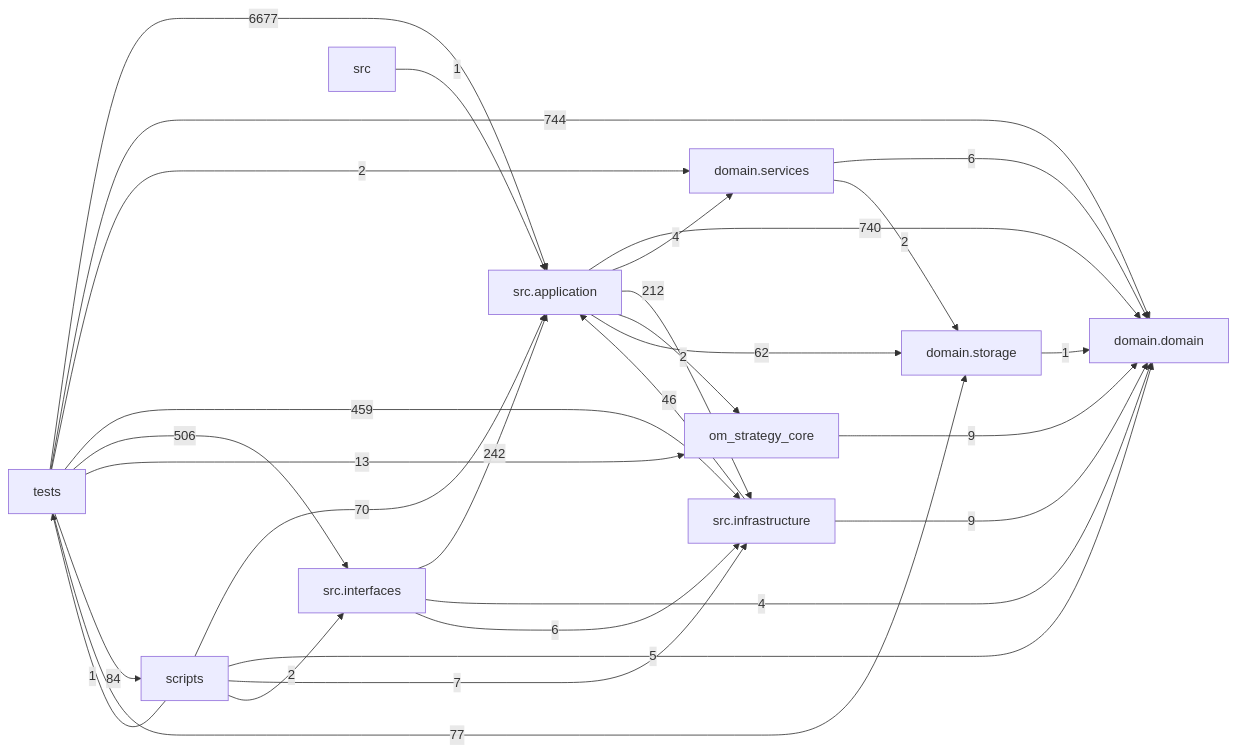
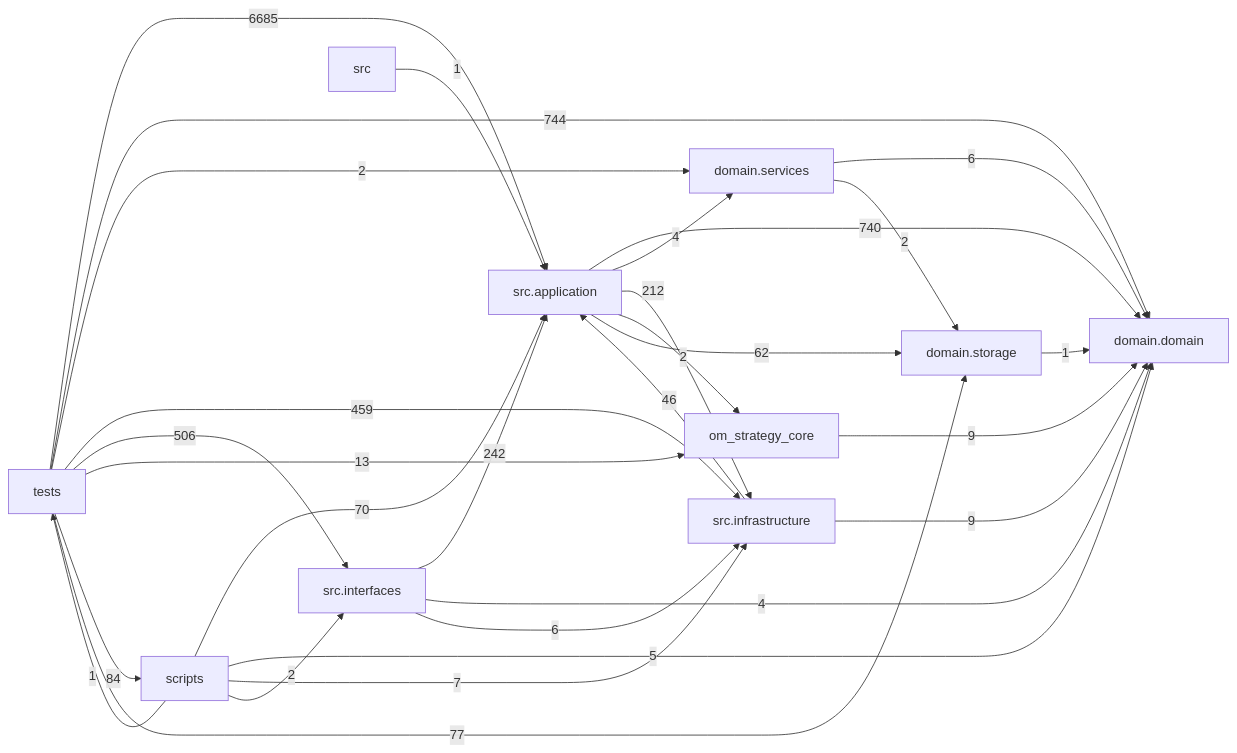
Before and after one commit to liuxie066/options-monitor: the diagram in docs/DEPENDENCY_GRAPH.md, drawn with Mermaid. The commit also changed other lines of this file and 7 other files, not shown here.

````diff
--- a/docs/DEPENDENCY_GRAPH.md
+++ b/docs/DEPENDENCY_GRAPH.md
@@ -24,39 +24,39 @@
 ```mermaid
 flowchart LR
   tests["tests"]
   scripts["scripts"]
   interfaces["src.interfaces"]
   application["src.application"]
   infrastructure["src.infrastructure"]
   domain_services["domain.services"]
   domain["domain.domain"]
   storage["domain.storage"]
   application -->|740| domain
   application -->|4| domain_services
   application -->|212| infrastructure
   application -->|2| om_strategy_core
   application -->|62| storage
   domain_services -->|6| domain
   domain_services -->|2| storage
   infrastructure -->|46| application
   infrastructure -->|9| domain
   interfaces -->|242| application
   interfaces -->|4| domain
   interfaces -->|6| infrastructure
   om_strategy_core -->|9| domain
   scripts -->|70| application
   scripts -->|5| domain
   scripts -->|7| infrastructure
   scripts -->|2| interfaces
   scripts -->|1| tests
   src -->|1| application
   storage -->|1| domain
-  tests -->|6677| application
+  tests -->|6685| application
   tests -->|744| domain
   tests -->|2| domain_services
   tests -->|459| infrastructure
   tests -->|506| interfaces
   tests -->|13| om_strategy_core
   tests -->|84| scripts
   tests -->|77| storage
 ```
````
